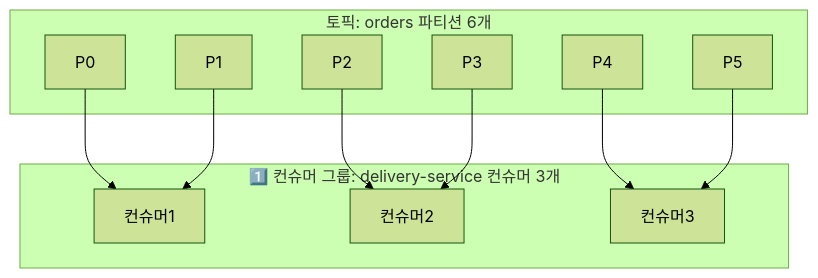
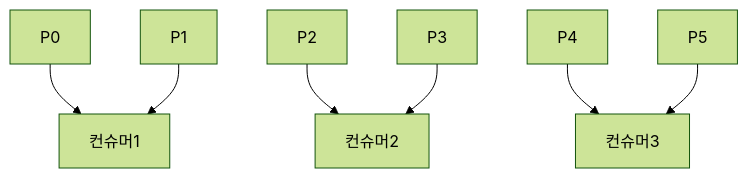
Before and after one commit to yjkim2015/yjkim2015.github.io: the fourth of 12 diagrams in _posts/kafka/2026-05-02-kafka-deep.md, drawn with Mermaid (forest theme). The commit also changed other lines of this file and 215 other files, not shown here.

First line of the commit message:
신규 포스트 10개 추가 + Mermaid 전면 축소 + SystemDesign 시리즈 보강

````diff
--- a/_posts/kafka/2026-05-02-kafka-deep.md
+++ b/_posts/kafka/2026-05-02-kafka-deep.md
@@ -186,24 +170,11 @@
 ```mermaid
 graph TD
-    subgraph "토픽: orders 파티션 6개"
-        P0[P0]
-        P1[P1]
-        P2[P2]
-        P3[P3]
-        P4[P4]
-        P5[P5]
-    end
-
-    subgraph "1️⃣ 컨슈머 그룹: delivery-service 컨슈머 3개"
-        C1["컨슈머1"]
-        C2["컨슈머2"]
-        C3["컨슈머3"]
-    end
-
+    P0[P0] & P1[P1] & P2[P2] & P3[P3] & P4[P4] & P5[P5]
+    C1[컨슈머1] & C2[컨슈머2] & C3[컨슈머3]
     P0 --> C1
     P1 --> C1
     P2 --> C2
     P3 --> C2
     P4 --> C3
     P5 --> C3
 ```
````
